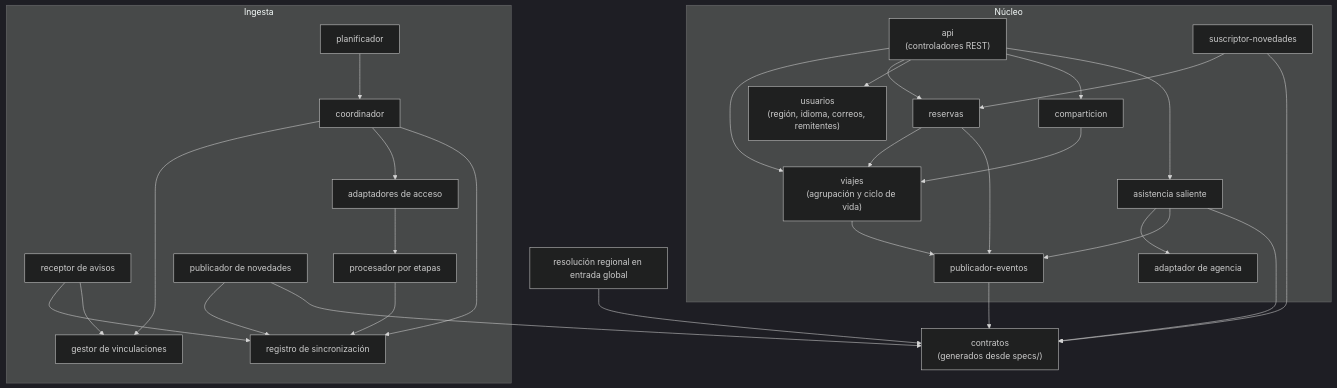
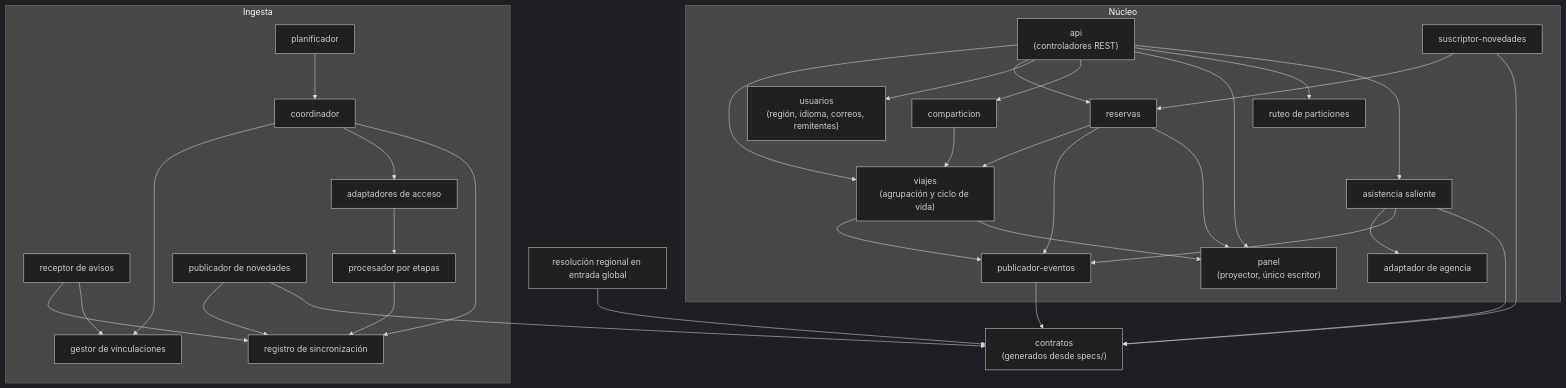
Before and after one commit to TadeoBrun1/TPE_software: the diagram in trotamundos/docs/02-views/module-view.md, drawn with Mermaid (dark theme). The commit also changed other lines of this file and 23 other files, not shown here.

````diff
--- a/trotamundos/docs/02-views/module-view.md
+++ b/trotamundos/docs/02-views/module-view.md
@@ -15,58 +15,64 @@
 ```mermaid
 flowchart TD
     subgraph Nucleo["Núcleo"]
         API["api<br/>(controladores REST)"]
         VIA["viajes<br/>(agrupación y ciclo de vida)"]
         RES["reservas"]
         USR["usuarios<br/>(región, idioma, correos, remitentes)"]
         COM["comparticion"]
         SUS["suscriptor-novedades"]
         PUB["publicador-eventos"]
+        PAN["panel<br/>(proyector, único escritor)"]
+        RUT["ruteo de particiones"]
         ASI["asistencia saliente"]
         AGE["adaptador de agencia"]
     end
 
     subgraph Ingesta["Ingesta"]
         PLA["planificador"]
         COO["coordinador"]
         GES["gestor de vinculaciones"]
         ADA["adaptadores de acceso"]
         REC["receptor de avisos"]
         REG["registro de sincronización"]
         PRO["procesador por etapas"]
         PNV["publicador de novedades"]
     end
 
     RRG["resolución regional en entrada global"]
 
     CON["contratos<br/>(generados desde specs/)"]
 
     API --> VIA
     API --> RES
     API --> USR
     API --> COM
     SUS --> RES
     RES --> VIA
     VIA --> PUB
     RES --> PUB
     COM --> VIA
+    RES --> PAN
+    VIA --> PAN
+    API --> PAN
+    API --> RUT
 
     API --> ASI
     ASI --> AGE
     ASI --> PUB
     ASI --> CON
     PLA --> COO
     COO --> GES
     COO --> ADA
     COO --> REG
     ADA --> PRO
     PRO --> REG
     REC --> REG
     REC --> GES
     PNV --> REG
     RRG --> CON
 
     SUS --> CON
     PUB --> CON
     PNV --> CON
 ```
````
